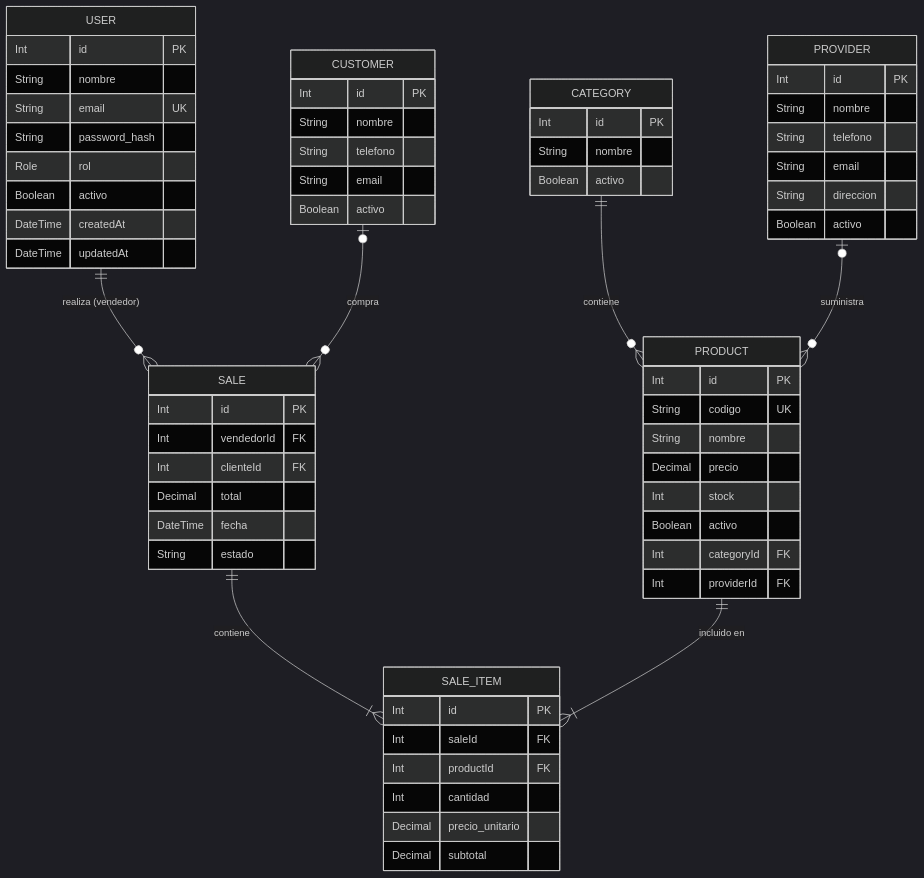
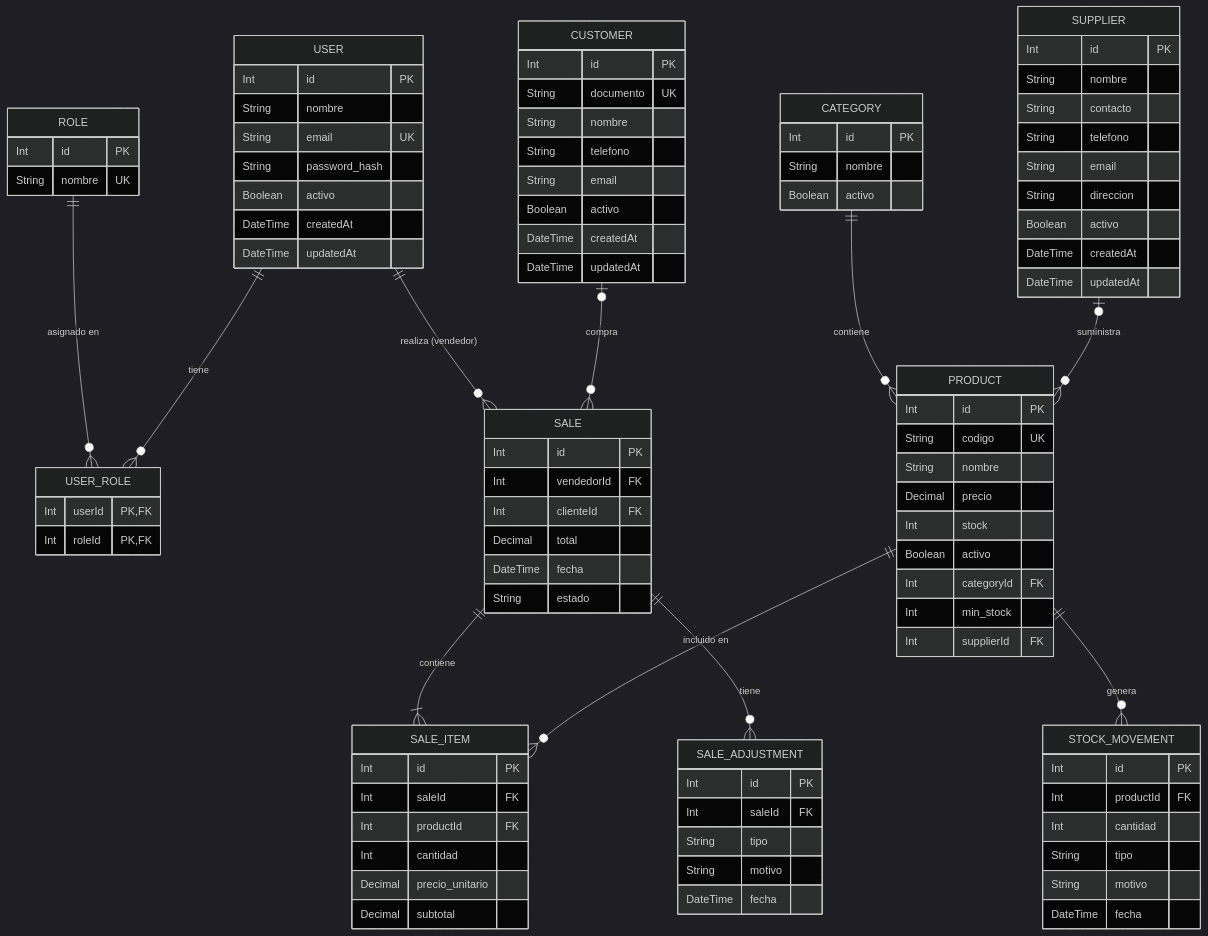
The diagram in README.md (thezulux24/POS), drawn with Mermaid (dark theme) before and after one commit. The commit also changed other lines of this file, not shown here.

Commit message:
update: dabase graphic schema

````diff
--- a/README.md
+++ b/README.md
@@ -32,21 +32,39 @@
 ```mermaid
 erDiagram
+    ROLE ||--o{ USER_ROLE : "asignado en"
+    USER ||--o{ USER_ROLE : "tiene"
+
     USER ||--o{ SALE : "realiza (vendedor)"
+    CUSTOMER |o--o{ SALE : "compra"
+
     CATEGORY ||--o{ PRODUCT : "contiene"
-    PROVIDER |o--o{ PRODUCT : "suministra"
-    CUSTOMER |o--o{ SALE : "compra"
+    SUPPLIER |o--o{ PRODUCT : "suministra"
+
     SALE ||--|{ SALE_ITEM : "contiene"
-    PRODUCT ||--|{ SALE_ITEM : "incluido en"
+    PRODUCT ||--o{ SALE_ITEM : "incluido en"
+
+    PRODUCT ||--o{ STOCK_MOVEMENT : "genera"
+
+    SALE ||--o{ SALE_ADJUSTMENT : "tiene"
+
+    ROLE {
+        Int id PK
+        String nombre UK
+    }
 
     USER {
         Int id PK
         String nombre
         String email UK
         String password_hash
-        Role rol
         Boolean activo
         DateTime createdAt
         DateTime updatedAt
+    }
+
+    USER_ROLE {
+        Int userId PK, FK
+        Int roleId PK, FK
     }
 
     CATEGORY {
@@ -55,13 +73,16 @@
         Boolean activo
     }
 
-    PROVIDER {
+    SUPPLIER {
         Int id PK
         String nombre
+        String contacto
         String telefono
         String email
         String direccion
         Boolean activo
+        DateTime createdAt
+        DateTime updatedAt
     }
 
     PRODUCT {
@@ -72,15 +93,28 @@
         Int stock
         Boolean activo
         Int categoryId FK
-        Int providerId FK
+        Int min_stock
+        Int supplierId FK
+    }
+
+    STOCK_MOVEMENT {
+        Int id PK
+        Int productId FK
+        Int cantidad
+        String tipo
+        String motivo
+        DateTime fecha
     }
 
     CUSTOMER {
         Int id PK
+        String documento UK
         String nombre
         String telefono
         String email
         Boolean activo
+        DateTime createdAt
+        DateTime updatedAt
     }
 
     SALE {
@@ -100,4 +134,12 @@
         Decimal precio_unitario
         Decimal subtotal
     }
+
+    SALE_ADJUSTMENT {
+        Int id PK
+        Int saleId FK
+        String tipo
+        String motivo
+        DateTime fecha
+    }
 ```
````
